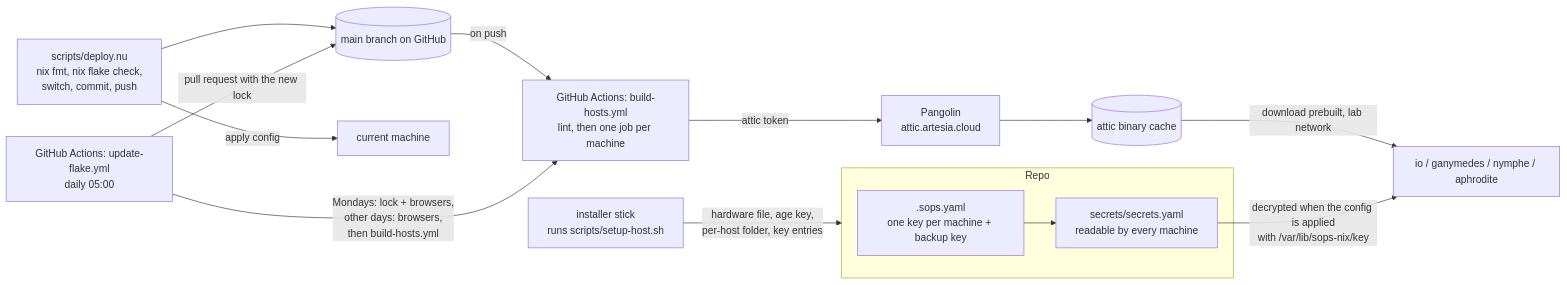
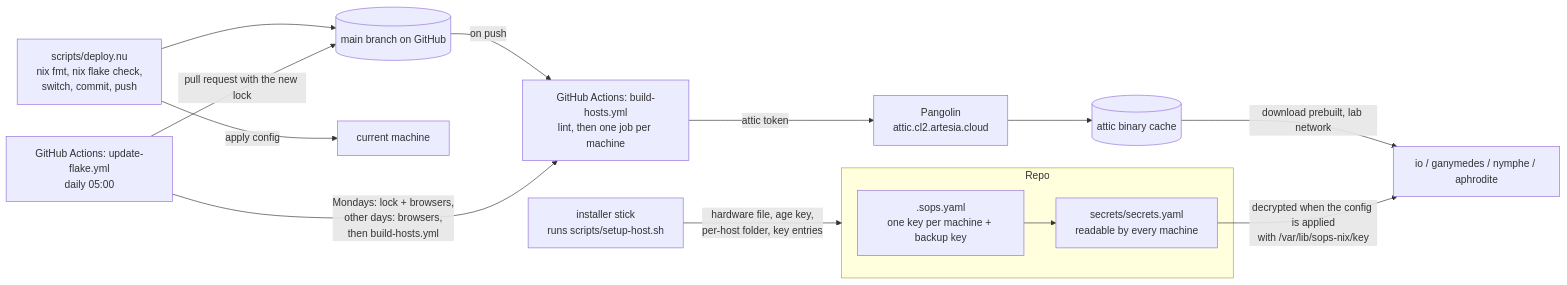
Before and after one commit to 68656c6c/celestial: the second of 2 diagrams in docs/structure.md, drawn with Mermaid. The commit also changed other lines of this file and 7 other files, not shown here.

Commit message:
attic: cache moved to attic.cl2.artesia.cloud, with its signing key

````diff
--- a/docs/structure.md
+++ b/docs/structure.md
@@ -97,22 +97,22 @@
 ```mermaid
 flowchart LR
     subgraph repo["Repo"]
         sopscfg[".sops.yaml<br/>one key per machine + backup key"]
         secrets["secrets/secrets.yaml<br/>readable by every machine"]
         sopscfg --> secrets
     end
 
     setup["installer stick<br/>runs scripts/setup-host.sh"] -->|"hardware file, age key,<br/>per-host folder, key entries"| repo
 
     deploy["scripts/deploy.nu<br/>nix fmt, nix flake check,<br/>switch, commit, push"] --> main[("main branch on GitHub")]
     deploy -->|"apply config"| local["current machine"]
 
     main -->|"on push"| ci["GitHub Actions: build-hosts.yml<br/>lint, then one job per machine"]
-    ci -->|"attic token"| pangolin["Pangolin<br/>attic.artesia.cloud"]
+    ci -->|"attic token"| pangolin["Pangolin<br/>attic.cl2.artesia.cloud"]
     pangolin --> attic[("attic binary cache")]
     upd["GitHub Actions: update-flake.yml<br/>daily 05:00"] -->|"Mondays: lock + browsers,<br/>other days: browsers,<br/>then build-hosts.yml"| ci
     upd -->|"pull request with the new lock"| main
 
     attic -->|"download prebuilt, lab network"| hostsbox["io / ganymedes / nymphe / aphrodite"]
     secrets -->|"decrypted when the config is applied<br/>with /var/lib/sops-nix/key"| hostsbox
 ```
````
